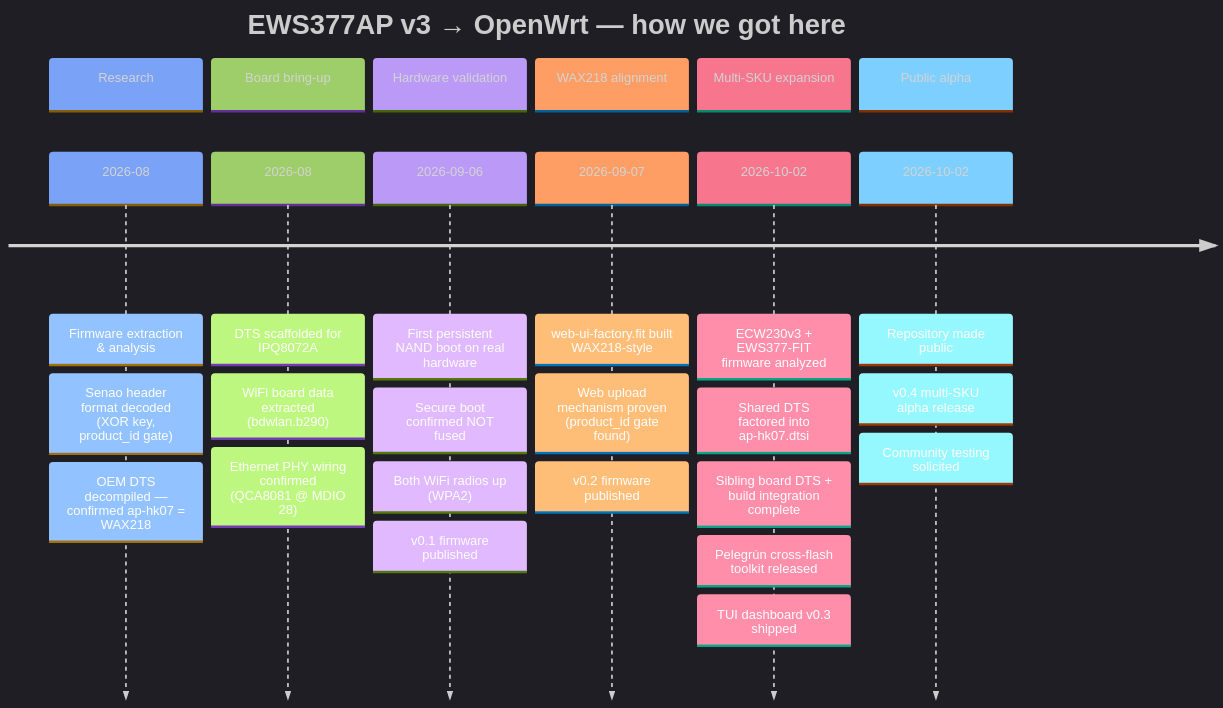
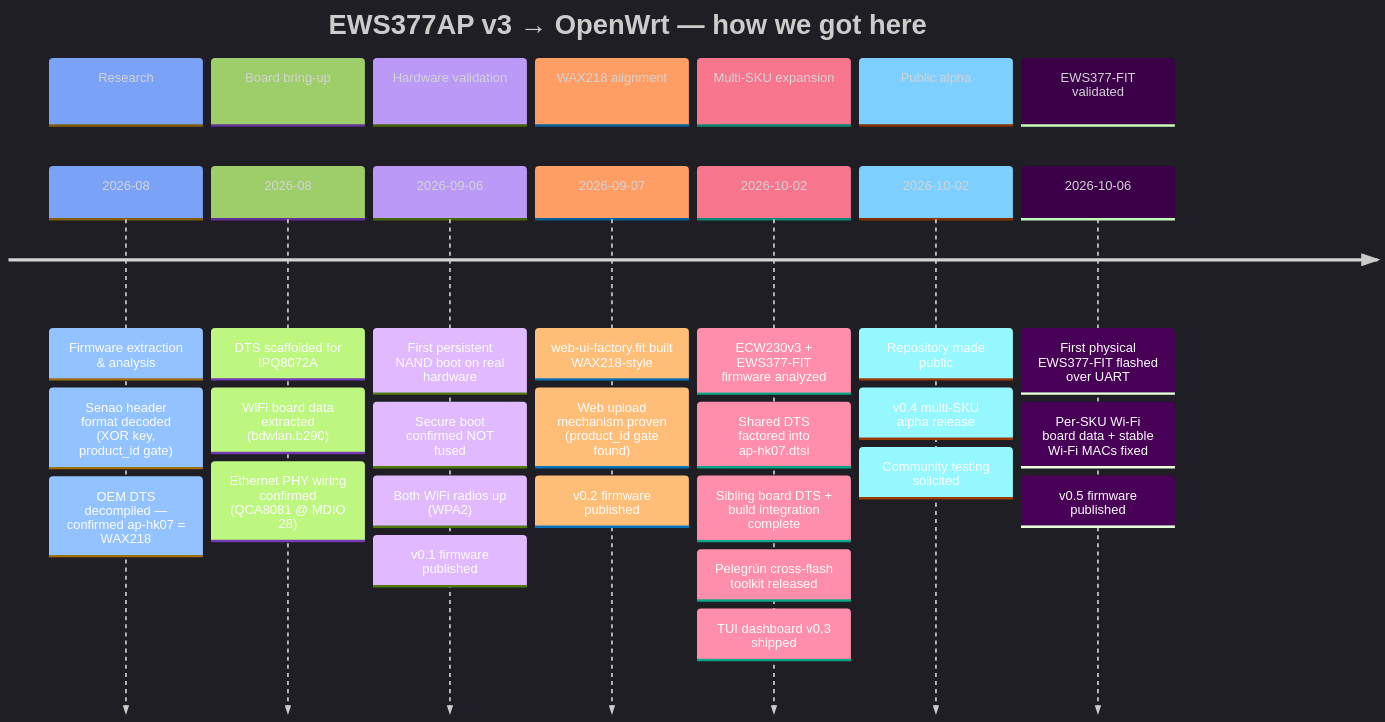
Before and after one commit to ParkWardRR/ews377apv3-openwrt: the diagram in README.md, drawn with Mermaid. The commit also changed other lines of this file and 3 other files, not shown here.

First line of the commit message:
docs: EWS377-FIT hardware-validated; document newer unit variant

````diff
--- a/README.md
+++ b/README.md
@@ -173,32 +175,36 @@
 ```mermaid
 %%{init: {'theme': 'dark', 'themeVariables': {'cScale0': '#7aa2f7', 'cScale1': '#9ece6a', 'cScale2': '#bb9af7', 'cScale3': '#ff9e64', 'cScale4': '#f7768e', 'cScale5': '#7dcfff'}}}%%
 timeline
     title EWS377AP v3 → OpenWrt — how we got here
     section Research
         2026-08 : Firmware extraction & analysis
                 : Senao header format decoded (XOR key, product_id gate)
                 : OEM DTS decompiled — confirmed ap-hk07 = WAX218
     section Board bring-up
         2026-08 : DTS scaffolded for IPQ8072A
                 : WiFi board data extracted (bdwlan.b290)
                 : Ethernet PHY wiring confirmed (QCA8081 @ MDIO 28)
     section Hardware validation
         2026-09-06 : First persistent NAND boot on real hardware
                    : Secure boot confirmed NOT fused
                    : Both WiFi radios up (WPA2)
                    : v0.1 firmware published
     section WAX218 alignment
         2026-09-07 : web-ui-factory.fit built WAX218-style
                    : Web upload mechanism proven (product_id gate found)
                    : v0.2 firmware published
     section Multi-SKU expansion
         2026-10-02 : ECW230v3 + EWS377-FIT firmware analyzed
                    : Shared DTS factored into ap-hk07.dtsi
                    : Sibling board DTS + build integration complete
                    : Pelegrún cross-flash toolkit released
                    : TUI dashboard v0.3 shipped
     section Public alpha
         2026-10-02 : Repository made public
                    : v0.4 multi-SKU alpha release
                    : Community testing solicited
+    section EWS377-FIT validated
+        2026-10-06 : First physical EWS377-FIT flashed over UART
+                   : Per-SKU Wi-Fi board data + stable Wi-Fi MACs fixed
+                   : v0.5 firmware published
 ```
````
